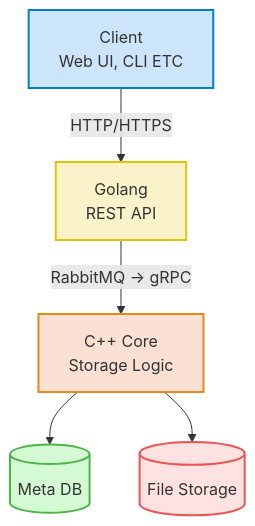
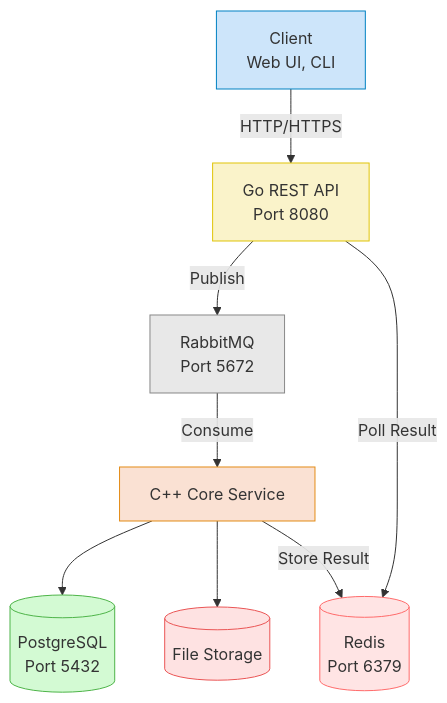
The first of 2 diagrams in README.md (ngee044/Simple-Storage-Service), drawn with Mermaid before and after one commit. The commit also changed other lines of this file and 41 other files, not shown here.

````diff
--- a/README.md
+++ b/README.md
@@ -23,14 +176,18 @@
 ```mermaid
 flowchart TB
-    A[Client<br> Web UI, CLI ETC] -->|HTTP/HTTPS| B[Golang<br> REST API]
-   
-    B -->|RabbitMQ -> gRPC| C[C++ Core<br> Storage Logic]
-    C --> D[(Meta DB)]
+    A[Client<br>Web UI, CLI] -->|HTTP/HTTPS| B[Go REST API<br>Port 8080]
+    B -->|Publish| MQ[RabbitMQ<br>Port 5672]
+    MQ -->|Consume| C[C++ Core Service]
+    C --> D[(PostgreSQL<br>Port 5432)]
     C --> E[(File Storage)]
+    C -->|Store Result| R[(Redis<br>Port 6379)]
+    B -->|Poll Result| R
 
-    style A fill:#CDE5FA,stroke:#0081C2,stroke-width:2px
-    style B fill:#FAF3CA,stroke:#E0C408,stroke-width:2px
-    style C fill:#FAE1D3,stroke:#E38B16,stroke-width:2px
-    style D fill:#D3FAD3,stroke:#4EB449,stroke-width:2px
-    style E fill:#FEE2E2,stroke:#EA5555,stroke-width:2px
+    style A fill:#CDE5FA,stroke:#0081C2
+    style B fill:#FAF3CA,stroke:#E0C408
+    style C fill:#FAE1D3,stroke:#E38B16
+    style D fill:#D3FAD3,stroke:#4EB449
+    style E fill:#FEE2E2,stroke:#EA5555
+    style MQ fill:#E8E8E8,stroke:#888888
+    style R fill:#FFE4E4,stroke:#FF6B6B
 ```
````
